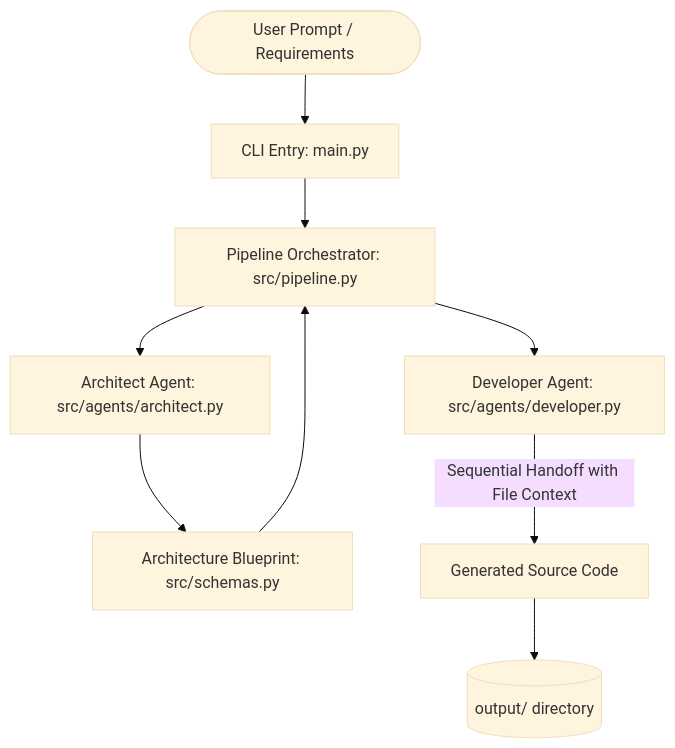
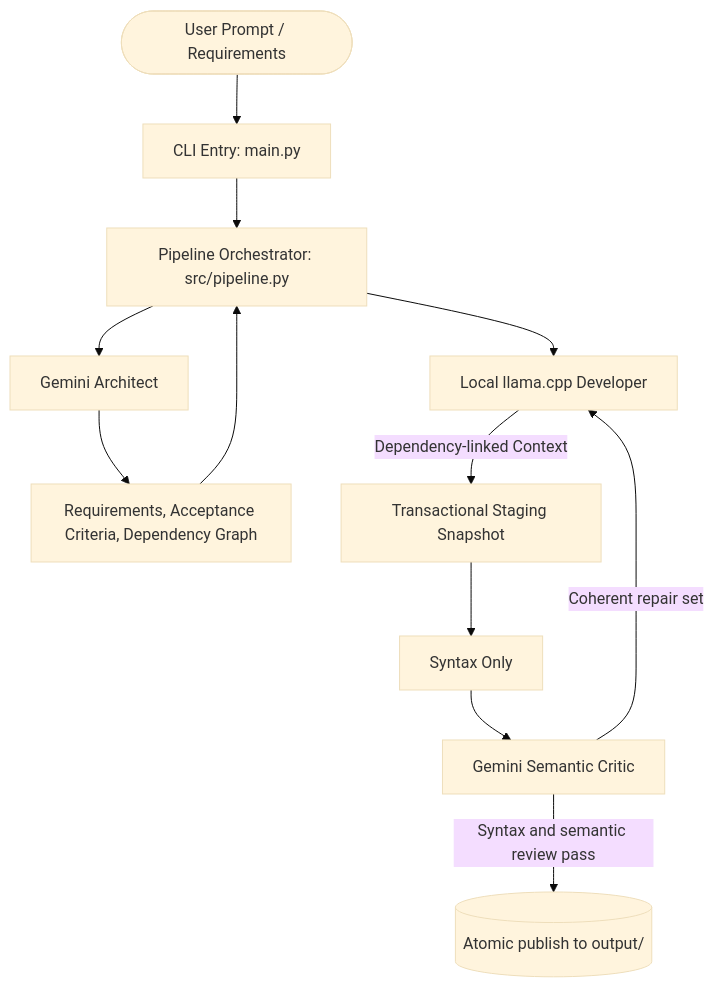
One commit to IamZelo/promptStudio changed the diagram in backend/README.md. Above: the diagram before and after it, drawn with Mermaid (base theme). The commit also changed other lines of this file and 21 other files, not shown here.

Commit message:
create agents, initialize simple backend to communicated with llama.cpp and gemini

````diff
--- a/backend/README.md
+++ b/backend/README.md
@@ -11,11 +11,14 @@
 ```mermaid
 flowchart TD
     User([User Prompt / Requirements]) --> Main[CLI Entry: main.py]
     Main --> Pipeline[Pipeline Orchestrator: src/pipeline.py]
-    Pipeline --> ArchitectAgent[Architect Agent: src/agents/architect.py]
-    ArchitectAgent --> Blueprint[Architecture Blueprint: src/schemas.py]
+    Pipeline --> ArchitectAgent[Gemini Architect]
+    ArchitectAgent --> Blueprint[Requirements, Acceptance Criteria, Dependency Graph]
     Blueprint --> Pipeline
-    Pipeline --> DeveloperAgent[Developer Agent: src/agents/developer.py]
-    DeveloperAgent -->|Sequential Handoff with File Context| CodeGen[Generated Source Code]
-    CodeGen --> Disk[(output/ directory)]
+    Pipeline --> DeveloperAgent[Local llama.cpp Developer]
+    DeveloperAgent -->|Dependency-linked Context| CodeGen[Transactional Staging Snapshot]
+    CodeGen --> QA[Syntax Only]
+    QA --> Critic[Gemini Semantic Critic]
+    Critic -->|Syntax and semantic review pass| Disk[(Atomic publish to output/)]
+    Critic -->|Coherent repair set| DeveloperAgent
 ```
````
